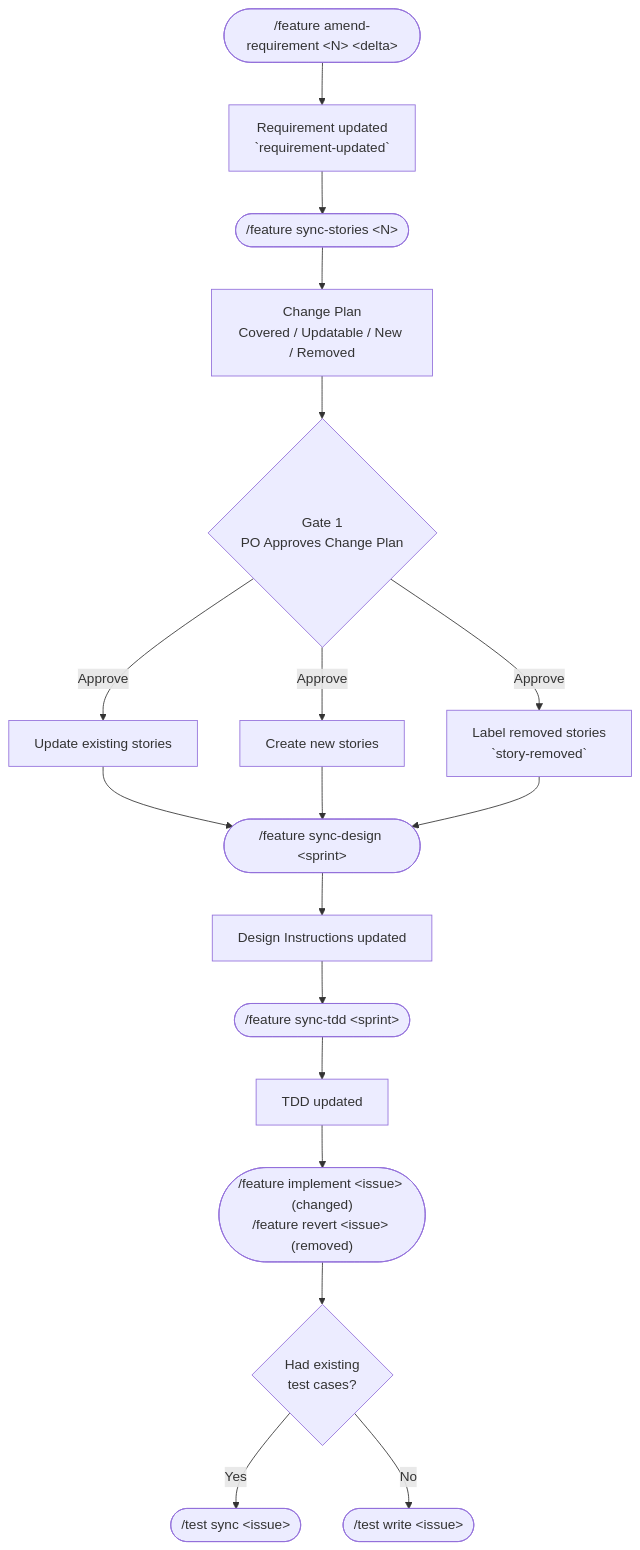
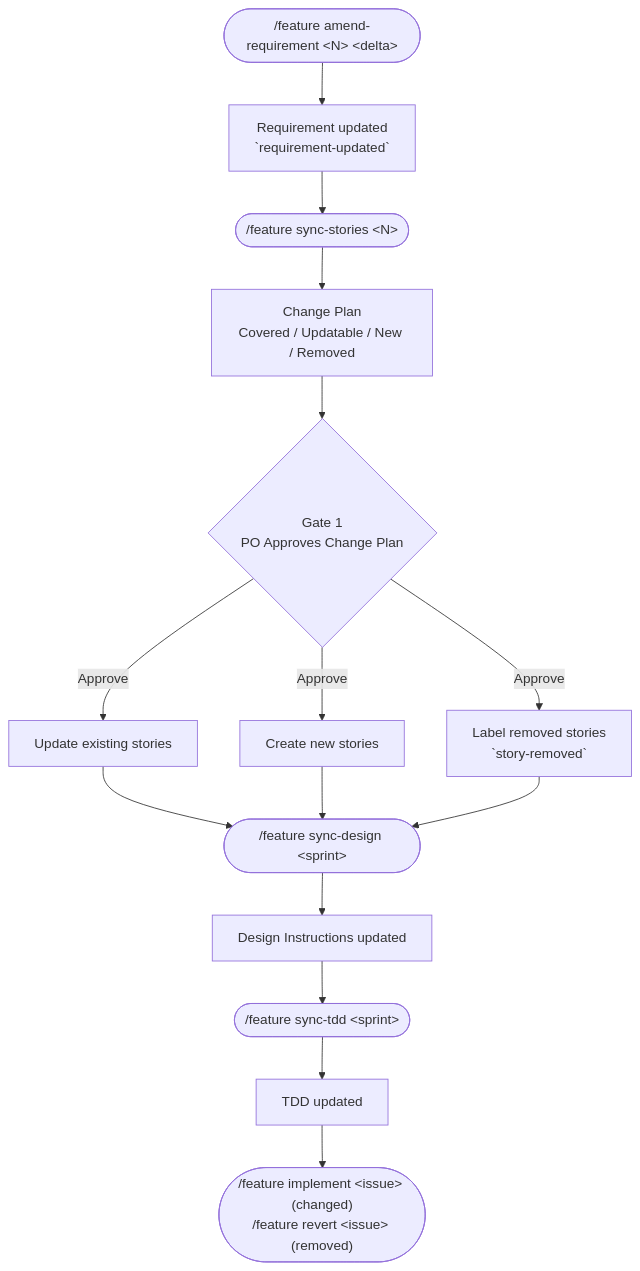
Before and after one commit to simpscal/notism: the fourth of 7 diagrams in README.md, drawn with Mermaid. The commit also changed other lines of this file and 18 other files, not shown here.

````diff
--- a/README.md
+++ b/README.md
@@ -233,18 +213,15 @@
 ```mermaid
 flowchart TD
     A(["/feature amend-requirement &lt;N&gt; &lt;delta&gt;"]) --> B["Requirement updated\n`requirement-updated`"]
     B --> C(["/feature sync-stories &lt;N&gt;"])
     C --> D["Change Plan\nCovered / Updatable / New / Removed"]
     D --> G1{Gate 1\nPO Approves Change Plan}
     G1 -->|Approve| E1["Update existing stories"]
     G1 -->|Approve| E2["Create new stories"]
     G1 -->|Approve| E3["Label removed stories\n`story-removed`"]
     E1 & E2 & E3 --> F1(["/feature sync-design &lt;sprint&gt;"])
     F1 --> F2["Design Instructions updated"]
     F2 --> F3(["/feature sync-tdd &lt;sprint&gt;"])
     F3 --> F4["TDD updated"]
     F4 --> H(["/feature implement &lt;issue&gt; (changed)\n/feature revert &lt;issue&gt; (removed)"])
-    H --> QA{Had existing\ntest cases?}
-    QA -->|Yes| QAS(["/test sync &lt;issue&gt;"])
-    QA -->|No| QAW(["/test write &lt;issue&gt;"])
 ```
````
